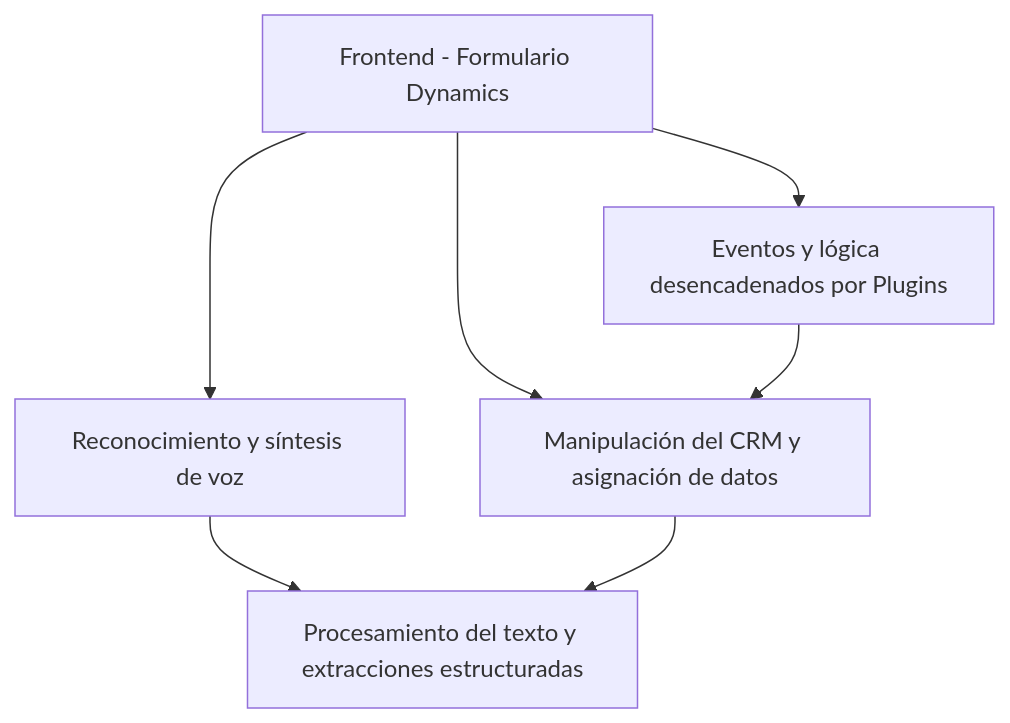
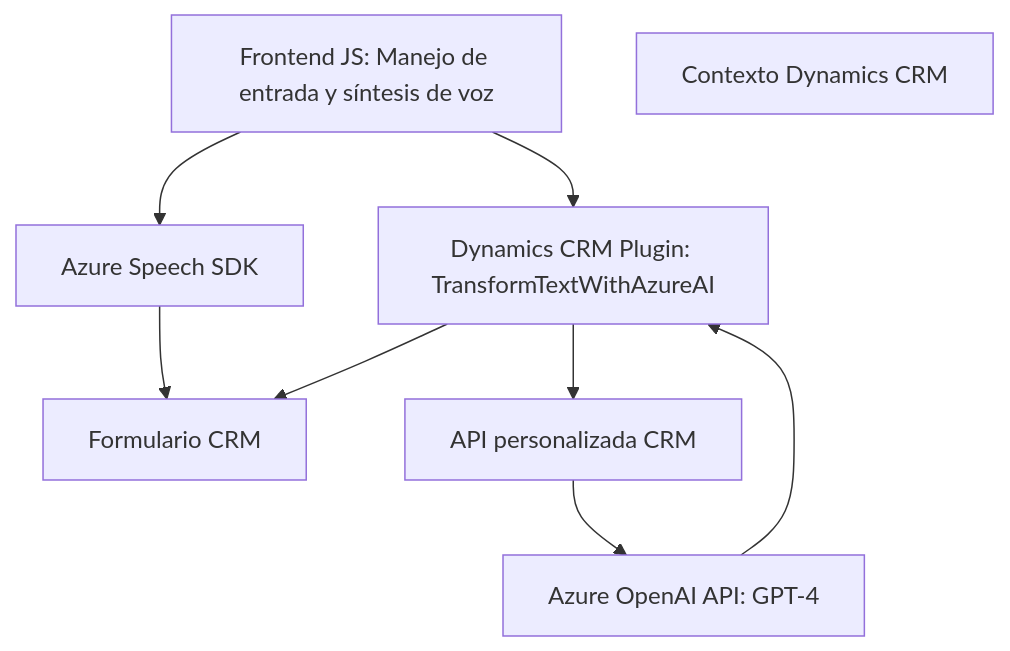
One commit to blopezdm/NETCORE_BILBAO2025 changed the diagram in README.md. Above: the diagram before and after it, drawn with Mermaid. The commit also changed other lines of this file, not shown here.

Commit message:
Actualizar análisis global de la solución con IA

````diff
--- a/README.md
+++ b/README.md
@@ -70,15 +42,18 @@
 ```mermaid
 graph TD
-    A["Frontend - Formulario Dynamics"]
-    B["Azure Speech SDK"]
-    C["Backend - Plugins Dynamics"]
-    D["Azure OpenAI API"]
-    E["API personalizada Dynamics"]
-    
-    A --> B["Reconocimiento y síntesis de voz"]
-    A --> E["Interacciones con IA (tareas avanzadas)"]
-    B --> D["Azure Speech procesando texto"]
-    E --> D["Procesamiento del texto y extracciones estructuradas"]
-    C --> E["Manipulación del CRM y asignación de datos"]
-    A --> C["Eventos y lógica desencadenados por Plugins"]
+  A["Dynamics CRM Plugin: TransformTextWithAzureAI"]
+  B["Frontend JS: Manejo de entrada y síntesis de voz"]
+  C["Azure Speech SDK"]
+  D["Azure OpenAI API: GPT-4"]
+  E["Formulario CRM"]
+  F["API personalizada CRM"]
+  G["Contexto Dynamics CRM"]
+  
+  A --> F
+  F --> D
+  B --> C
+  C --> E
+  B --> A
+  A --> E
+  D --> A
 ```
````
